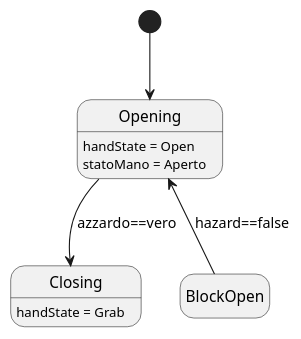
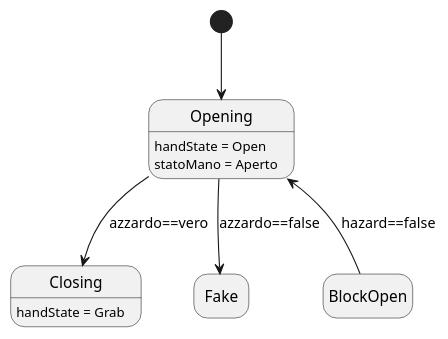
The diagram in diagram-test/easy.puml (Fantazzj/PlantUML-StateDiagram-to-cpp), drawn with PlantUML before and after one commit.

Commit message:
two transitions from same state

```diff
--- a/diagram-test/easy.puml
+++ b/diagram-test/easy.puml
@@ -1,14 +1,15 @@
 @startuml
 hide empty description
 
 state Opening : handState = Open
 state Opening : statoMano = Aperto
 state Closing : handState = Grab
 
 [*] -down-> Opening
 
 Opening -down-> Closing : azzardo==vero
+Opening -down-> Fake : azzardo==false
 
 BlockOpen -up-> Opening : hazard==false
 
 @enduml
```
